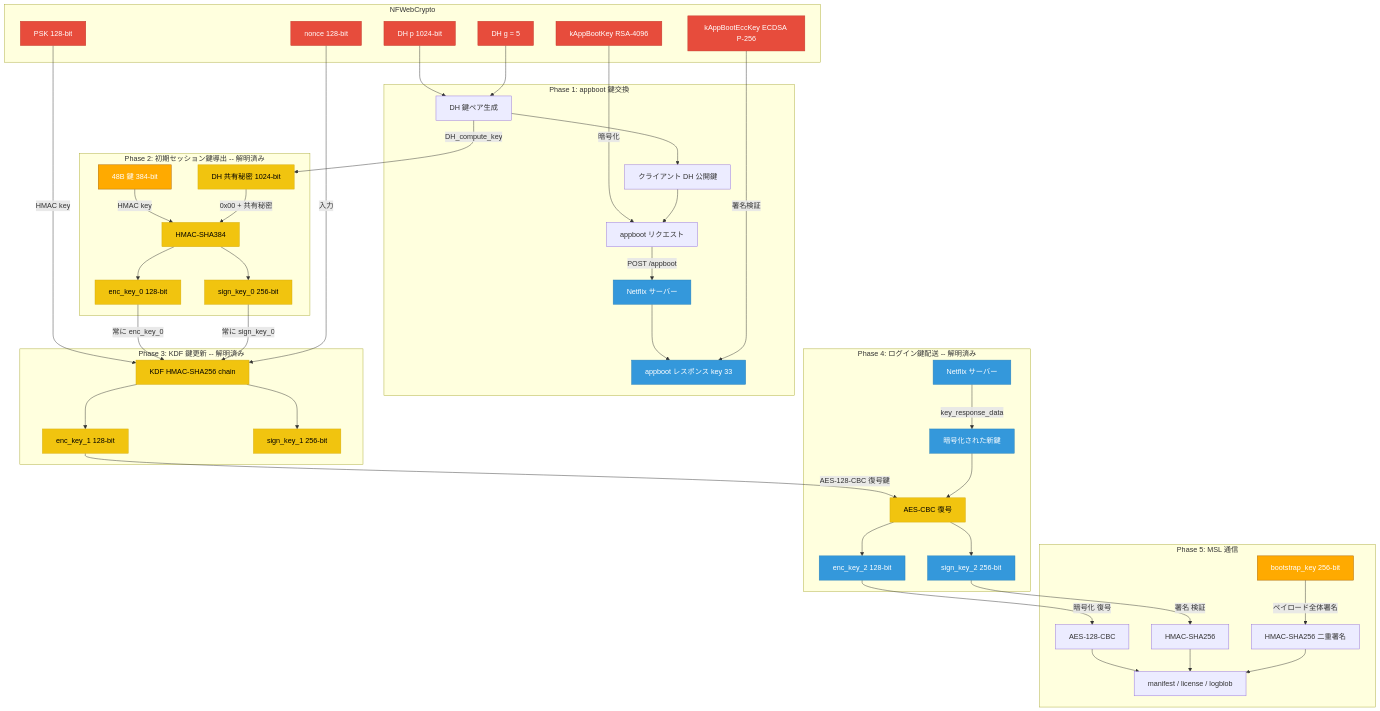
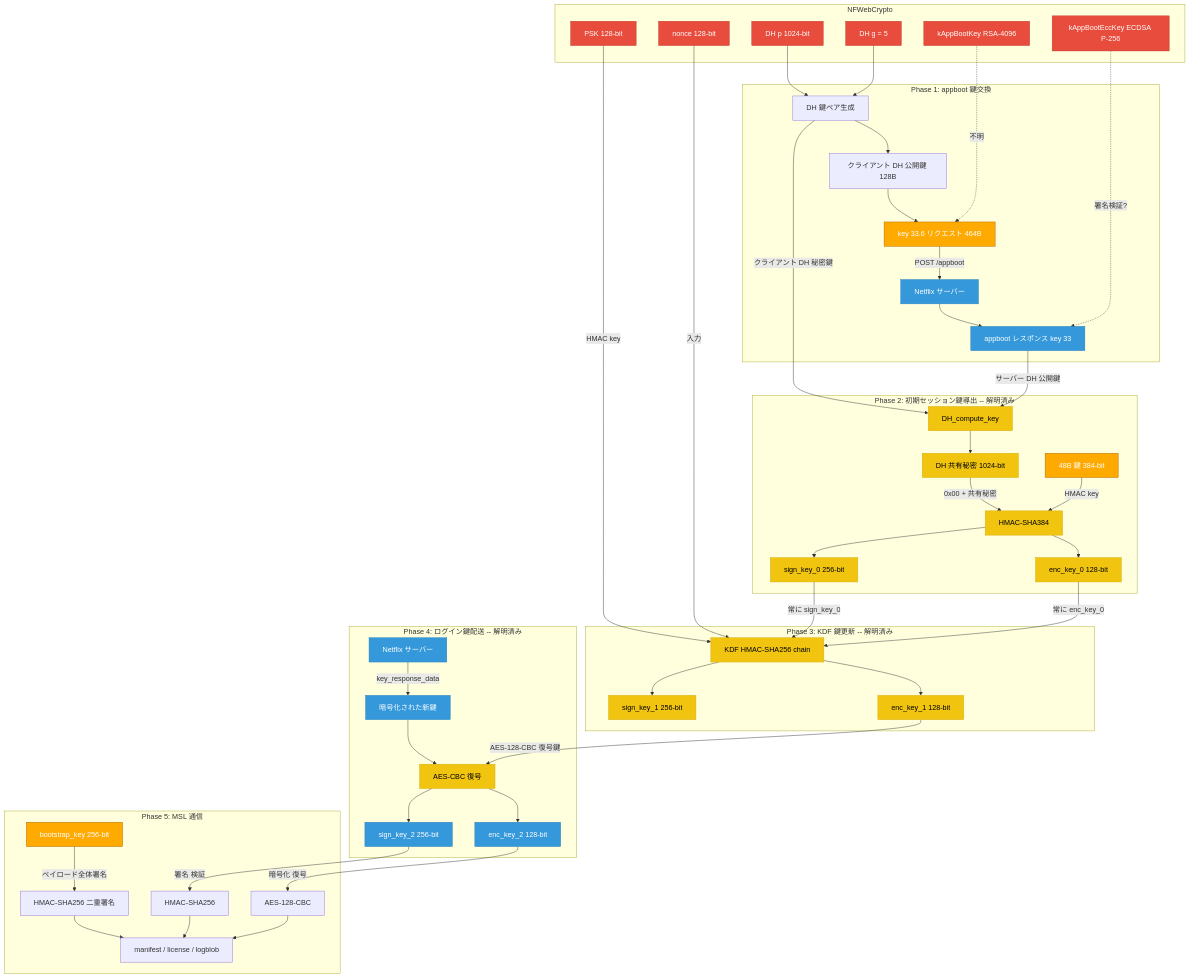
The first of 5 diagrams in docs/spec/msl_key_relationship.md (qtmleap/revkit), drawn with Mermaid before and after one commit. The commit also changed other lines of this file, not shown here.

Commit message:
docs(spec): 未実証の関係を点線に変更、Phase 1/2 図を修正
- kAppBootKey → key 33.6 の暗号化を点線(未実証)に変更
- kAppBootEccKey の署名検証も点線に変更
- key 33.6 リクエスト (464B) をオレンジ(由来不明)に追加
- Phase 2 に DH_compute_key ノードを追加(サーバー公開鍵入力を明示)
- 凡例に点線の説明を追加

````diff
--- a/docs/spec/msl_key_relationship.md
+++ b/docs/spec/msl_key_relationship.md
@@ -21,16 +21,18 @@
     subgraph Phase1["Phase 1: appboot 鍵交換"]
         DH_P --> DH_GEN["DH 鍵ペア生成"]
         DH_G --> DH_GEN
-        DH_GEN --> DH_PUB["クライアント DH 公開鍵"]
-        RSA_BOOT -->|暗号化| DH_REQ["appboot リクエスト"]
-        DH_PUB --> DH_REQ
-        DH_REQ -->|POST /appboot| SERVER["Netflix サーバー"]
+        DH_GEN --> DH_PUB["クライアント DH 公開鍵 128B"]
+        DH_PUB --> KEY336_REQ["key 33.6 リクエスト 464B"]
+        RSA_BOOT -.->|不明| KEY336_REQ
+        KEY336_REQ -->|POST /appboot| SERVER["Netflix サーバー"]
         SERVER --> DH_RESP["appboot レスポンス key 33"]
-        ECC_BOOT -->|署名検証| DH_RESP
+        ECC_BOOT -.->|署名検証?| DH_RESP
     end
 
     subgraph Phase2["Phase 2: 初期セッション鍵導出 -- 解明済み"]
-        DH_GEN -->|DH_compute_key| DH_SHARED["DH 共有秘密 1024-bit"]
+        DH_RESP -->|サーバー DH 公開鍵| DH_COMPUTE["DH_compute_key"]
+        DH_GEN -->|クライアント DH 秘密鍵| DH_COMPUTE
+        DH_COMPUTE --> DH_SHARED["DH 共有秘密 1024-bit"]
         KEY48["48B 鍵 384-bit"] -->|HMAC key| PHASE2_KDF["HMAC-SHA384"]
         DH_SHARED -->|0x00 + 共有秘密| PHASE2_KDF
         PHASE2_KDF --> ENC0["enc_key_0 128-bit"]
@@ -82,6 +84,7 @@
     %% 黄: 計算可能 (48B 鍵が判明すれば)
     style KDF fill:#f1c40f,stroke:#d4ac0f,color:#000
     style PHASE2_KDF fill:#f1c40f,stroke:#d4ac0f,color:#000
+    style DH_COMPUTE fill:#f1c40f,stroke:#d4ac0f,color:#000
     style ENC0 fill:#f1c40f,stroke:#d4ac0f,color:#000
     style SIGN0 fill:#f1c40f,stroke:#d4ac0f,color:#000
     style ENC1 fill:#f1c40f,stroke:#d4ac0f,color:#000
@@ -92,4 +95,5 @@
     %% オレンジ: 由来不明
     style KEY48 fill:#fa0,stroke:#a60,color:#fff
     style BOOT_KEY fill:#fa0,stroke:#a60,color:#fff
+    style KEY336_REQ fill:#fa0,stroke:#a60,color:#fff
 ```
````
